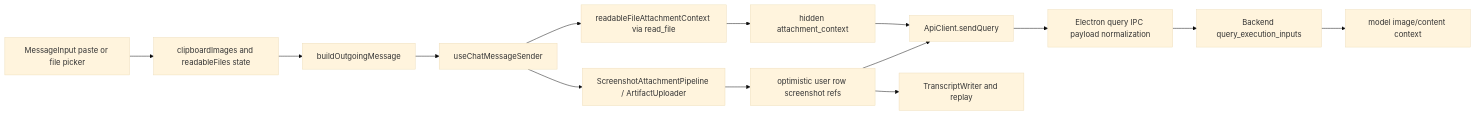
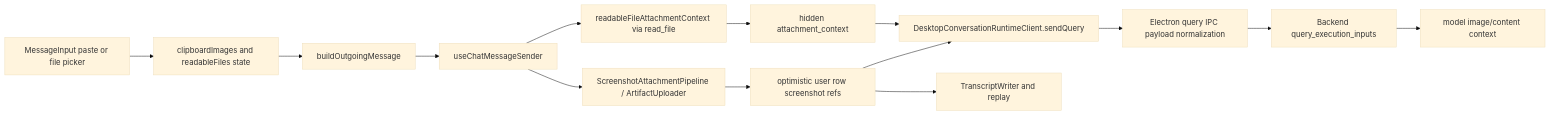
Before and after one commit to buiilding/My_Own_OpenClaw: the diagram in docs/frontend/renderer/chat/chat_attachment_change_workflow.md, drawn with Mermaid (base theme). The commit also changed other lines of this file and 17 other files, not shown here.

````diff
--- a/docs/frontend/renderer/chat/chat_attachment_change_workflow.md
+++ b/docs/frontend/renderer/chat/chat_attachment_change_workflow.md
@@ -18,16 +18,16 @@
 ```mermaid
 flowchart LR
     A["MessageInput paste or file picker"] --> B["clipboardImages and readableFiles state"]
     B --> C["buildOutgoingMessage"]
     C --> D["useChatMessageSender"]
     D --> E["ScreenshotAttachmentPipeline / ArtifactUploader"]
     D --> F["readableFileAttachmentContext via read_file"]
     E --> G["optimistic user row screenshot refs"]
     F --> H["hidden attachment_context"]
-    G --> I["ApiClient.sendQuery"]
+    G --> I["DesktopConversationRuntimeClient.sendQuery"]
     H --> I
     I --> J["Electron query IPC payload normalization"]
     J --> K["Backend query_execution_inputs"]
     K --> L["model image/content context"]
     G --> M["TranscriptWriter and replay"]
 ```
````
